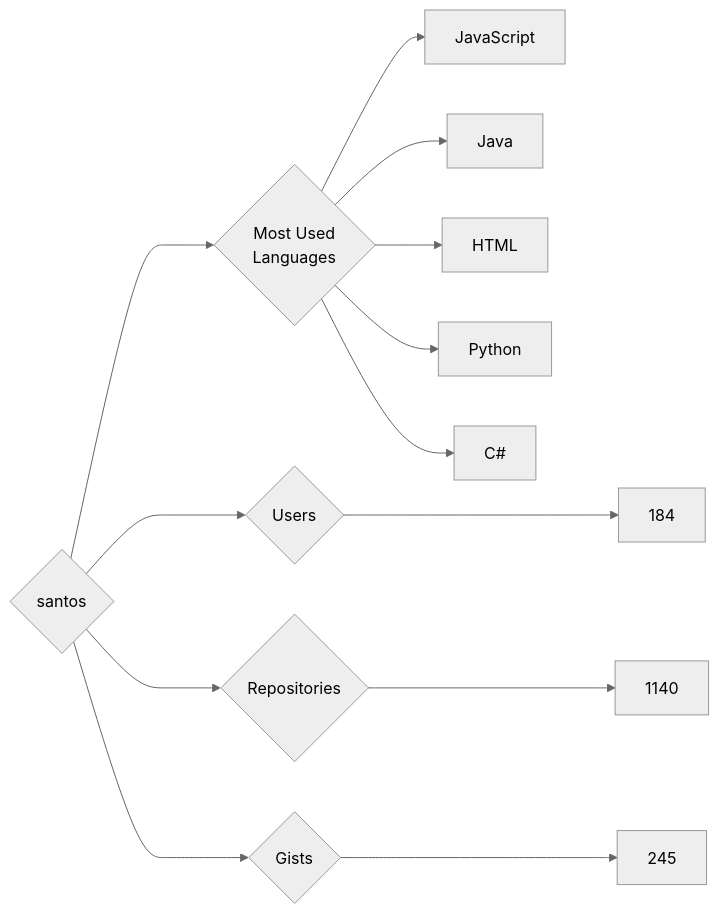
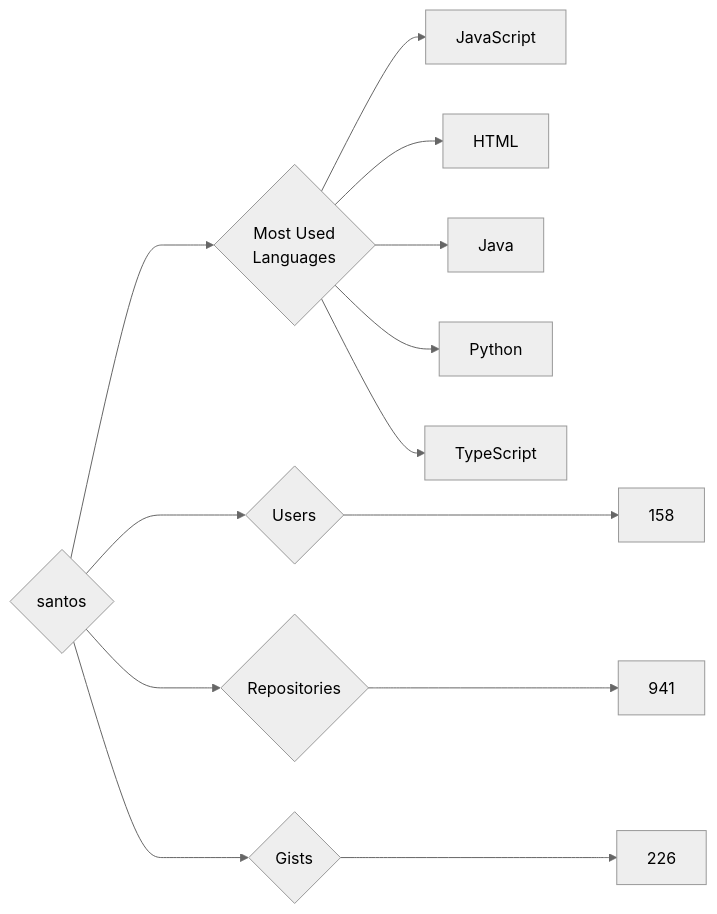
The diagram in targets/santos/README.md (trickest/insiders), drawn with Mermaid (neutral theme) before and after one commit. The commit also changed 847 other files, not shown here.

````diff
--- a/targets/santos/README.md
+++ b/targets/santos/README.md
@@ -3,13 +3,13 @@
 ```mermaid
 graph LR
 COMPANY_NAME{santos}
-COMPANY_NAME ---> U{Users} ---> UN[184]
-COMPANY_NAME ---> R{Repositories} ---> RN[1140]
-COMPANY_NAME ---> G{Gists} ---> GN[245]
+COMPANY_NAME ---> U{Users} ---> UN[158]
+COMPANY_NAME ---> R{Repositories} ---> RN[941]
+COMPANY_NAME ---> G{Gists} ---> GN[226]
 COMPANY_NAME ---> ML{Most Used<br>Languages}
 ML --> JavaScript[JavaScript]
+ML --> HTML[HTML]
 ML --> Java[Java]
-ML --> HTML[HTML]
 ML --> Python[Python]
-ML --> C#[C#]
+ML --> TypeScript[TypeScript]
 ```
````
